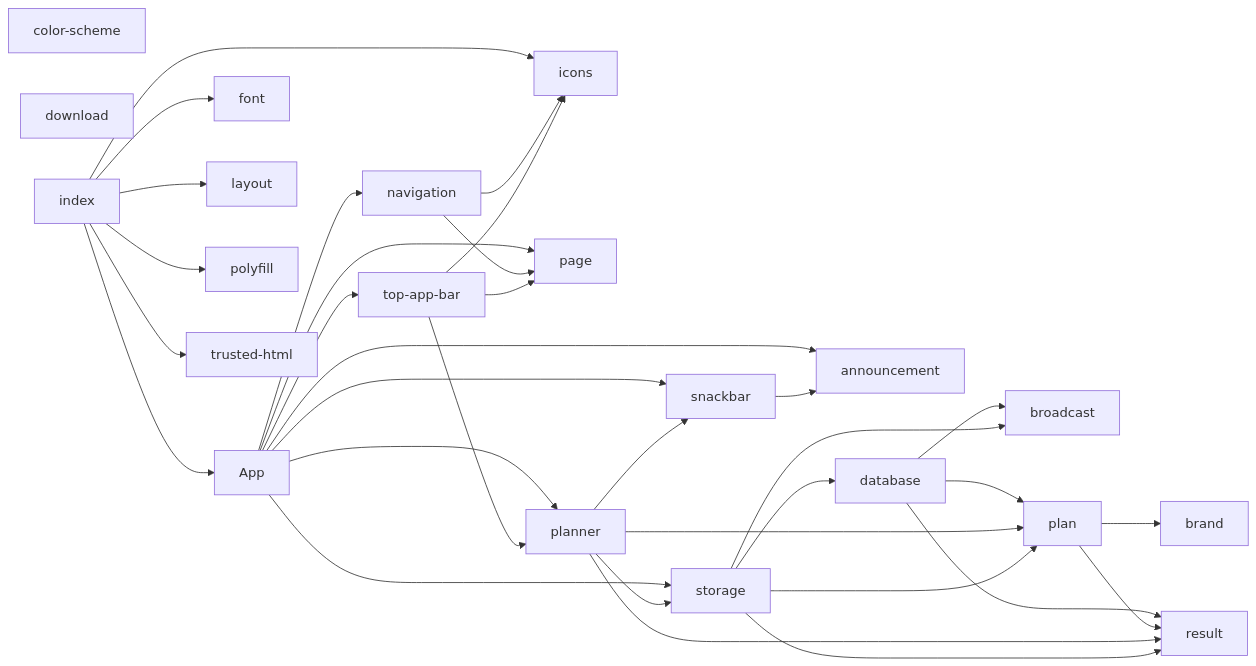
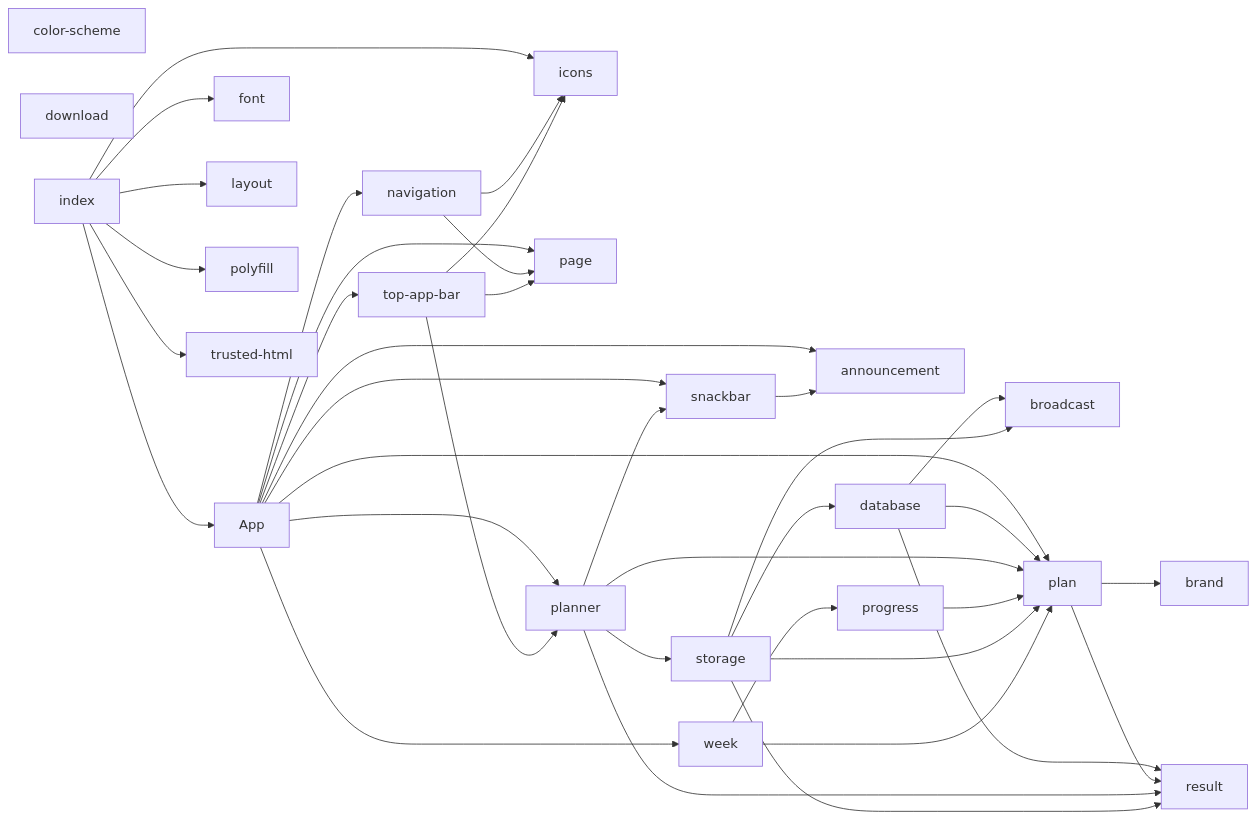
Before and after one commit to SantaClaas/week-budget-planner: the diagram in docs/MODULES.md, drawn with Mermaid. The commit also changed 15 other files, not shown here.

````diff
--- a/docs/MODULES.md
+++ b/docs/MODULES.md
@@ -9,56 +9,62 @@
 ```mermaid
 flowchart LR
   module_App["App"]
   module_announcement["announcement"]
   module_brand["brand"]
   module_broadcast["broadcast"]
   module_color_scheme["color-scheme"]
   module_database["database"]
   module_download["download"]
   module_font["font"]
   module_icons["icons"]
   module_index["index"]
   module_layout["layout"]
   module_navigation["navigation"]
   module_page["page"]
   module_plan["plan"]
   module_planner["planner"]
   module_polyfill["polyfill"]
+  module_progress["progress"]
   module_result["result"]
   module_snackbar["snackbar"]
   module_storage["storage"]
   module_top_app_bar["top-app-bar"]
   module_trusted_html["trusted-html"]
+  module_week["week"]
   module_App --> module_announcement
   module_App --> module_navigation
   module_App --> module_page
+  module_App --> module_plan
   module_App --> module_planner
   module_App --> module_snackbar
-  module_App --> module_storage
   module_App --> module_top_app_bar
+  module_App --> module_week
   module_database --> module_broadcast
   module_database --> module_plan
   module_database --> module_result
   module_index --> module_App
   module_index --> module_font
   module_index --> module_icons
   module_index --> module_layout
   module_index --> module_polyfill
   module_index --> module_trusted_html
   module_navigation --> module_icons
   module_navigation --> module_page
   module_plan --> module_brand
   module_plan --> module_result
   module_planner --> module_plan
   module_planner --> module_result
   module_planner --> module_snackbar
   module_planner --> module_storage
+  module_progress --> module_plan
   module_snackbar --> module_announcement
   module_storage --> module_broadcast
   module_storage --> module_database
   module_storage --> module_plan
   module_storage --> module_result
   module_top_app_bar --> module_icons
   module_top_app_bar --> module_page
   module_top_app_bar --> module_planner
+  module_week --> module_plan
+  module_week --> module_progress
 ```
````
